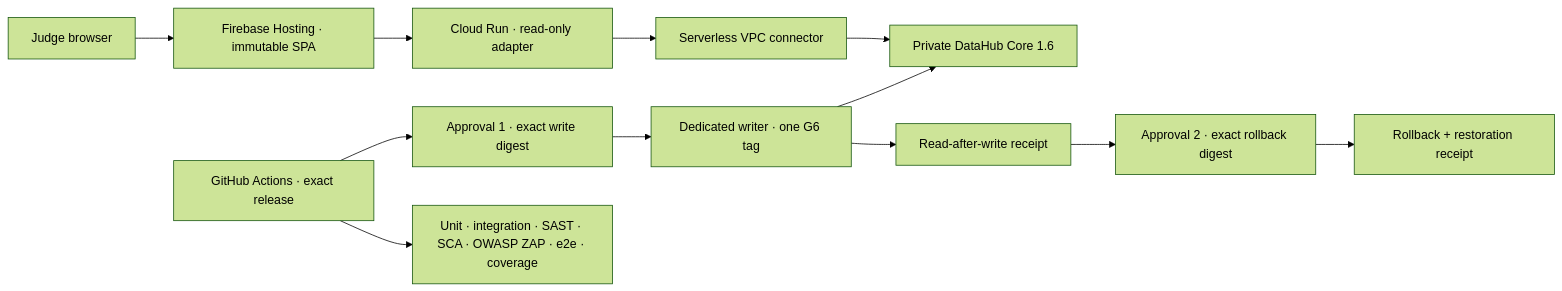
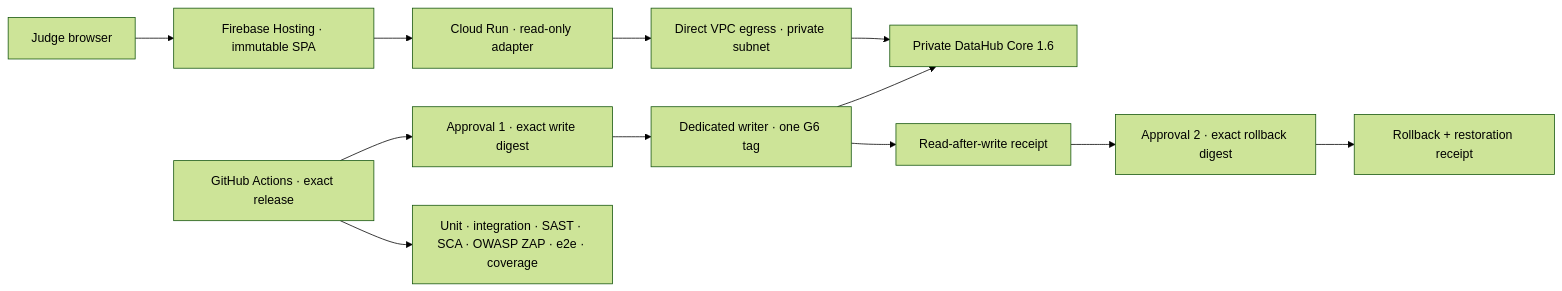
The diagram in README.md (upgradedev/archon-datahub), drawn with Mermaid (forest theme) before and after one commit. The commit also changed other lines of this file and 25 other files, not shown here.

````diff
--- a/README.md
+++ b/README.md
@@ -155,14 +157,14 @@
 ```mermaid
 flowchart LR
   J["Judge browser"] --> FB["Firebase Hosting · immutable SPA"]
   FB --> API["Cloud Run · read-only adapter"]
-  API --> VPC["Serverless VPC connector"]
+  API --> VPC["Direct VPC egress · private subnet"]
   VPC --> DH["Private DataHub Core 1.6"]
   CI["GitHub Actions · exact release"] --> G1["Approval 1 · exact write digest"]
   G1 --> WR["Dedicated writer · one G6 tag"]
   WR --> DH
   WR --> VERIFY["Read-after-write receipt"]
   VERIFY --> G2["Approval 2 · exact rollback digest"]
   G2 --> RESTORE["Rollback + restoration receipt"]
   CI --> TESTS["Unit · integration · SAST · SCA · OWASP ZAP · e2e · coverage"]
 ```
````
